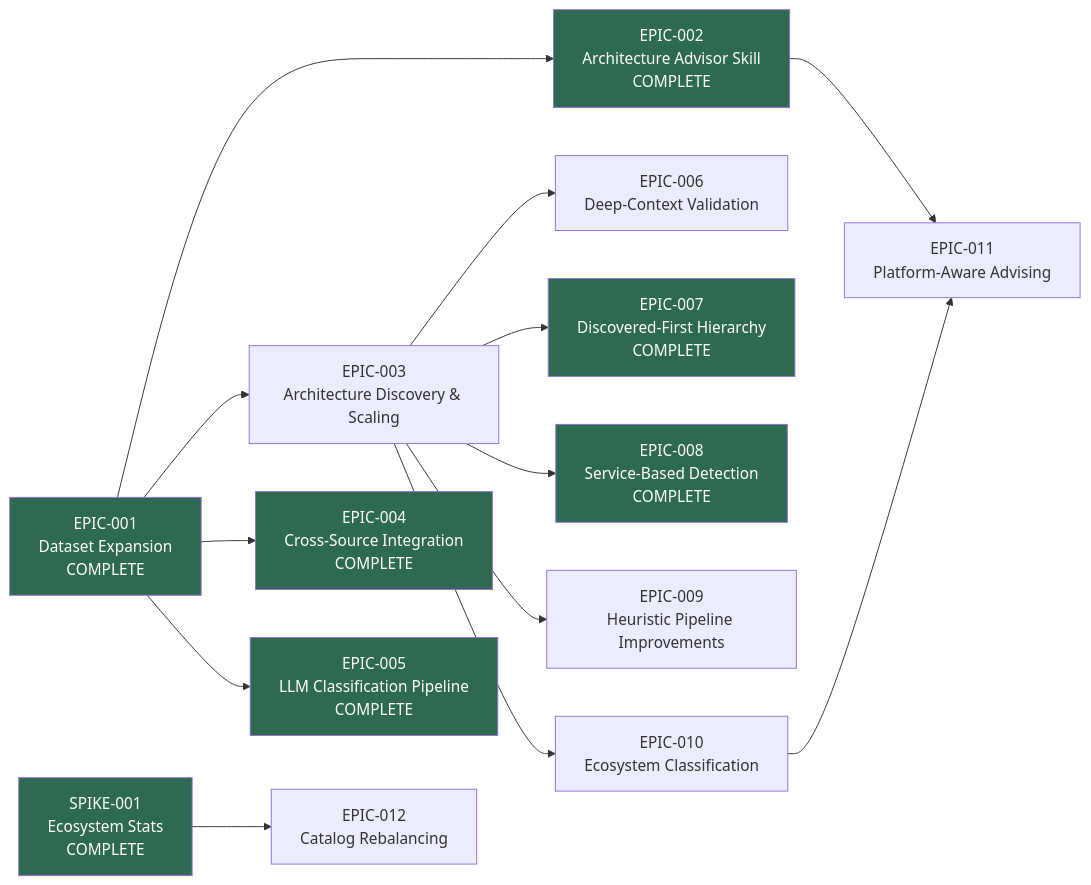
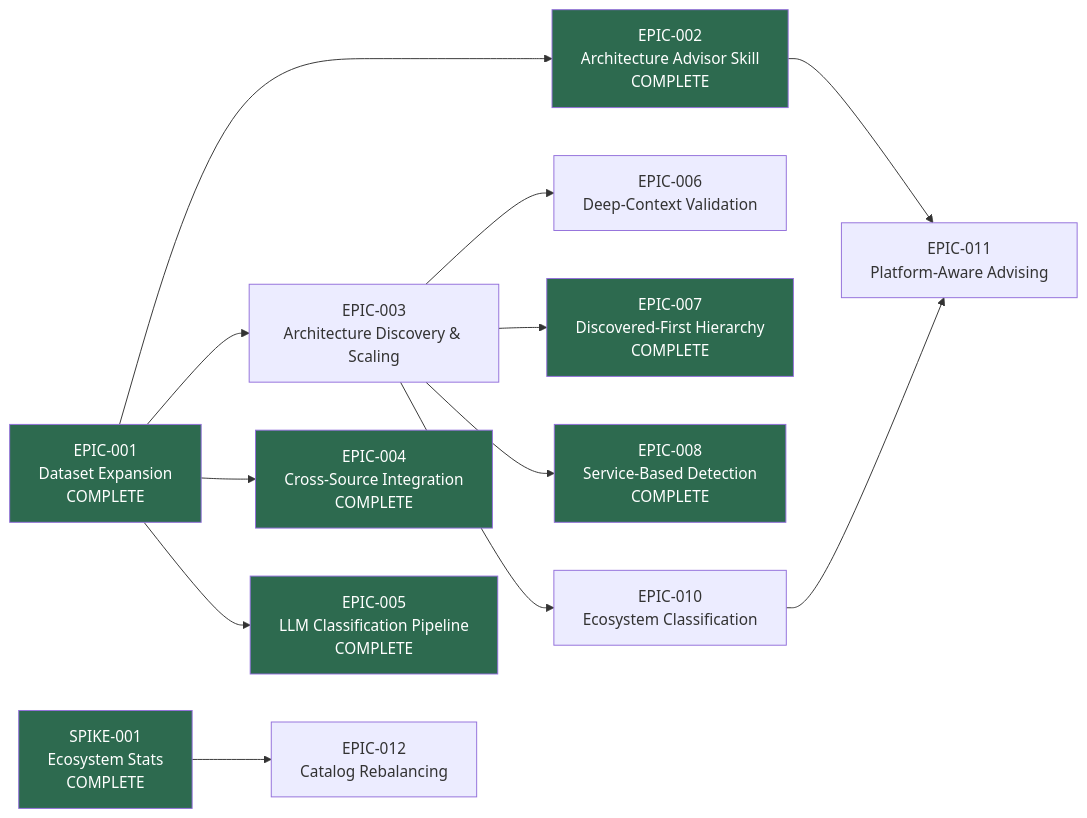
One commit to cristoslc/architecture-reference changed the diagram in docs/vision/(VISION-001)-Evidence-Based-Architecture-Decision-Platform/roadmap.md. Above: the diagram before and after it, drawn with Mermaid. The commit also changed other lines of this file and 10 other files, not shown here.

````diff
--- a/docs/vision/(VISION-001)-Evidence-Based-Architecture-Decision-Platform/roadmap.md
+++ b/docs/vision/(VISION-001)-Evidence-Based-Architecture-Decision-Platform/roadmap.md
@@ -7,22 +7,21 @@
 ```mermaid
 graph LR
     E1[EPIC-001<br/>Dataset Expansion<br/>COMPLETE] --> E2[EPIC-002<br/>Architecture Advisor Skill<br/>COMPLETE]
     E1 --> E3[EPIC-003<br/>Architecture Discovery & Scaling]
     E1 --> E4[EPIC-004<br/>Cross-Source Integration<br/>COMPLETE]
     E1 --> E5[EPIC-005<br/>LLM Classification Pipeline<br/>COMPLETE]
     E3 --> E6[EPIC-006<br/>Deep-Context Validation]
     E3 --> E7[EPIC-007<br/>Discovered-First Hierarchy<br/>COMPLETE]
     E3 --> E8[EPIC-008<br/>Service-Based Detection<br/>COMPLETE]
-    E3 --> E9[EPIC-009<br/>Heuristic Pipeline Improvements]
     E3 --> E10[EPIC-010<br/>Ecosystem Classification]
     E2 --> E11[EPIC-011<br/>Platform-Aware Advising]
     E10 --> E11
     S1[SPIKE-001<br/>Ecosystem Stats<br/>COMPLETE] --> E12[EPIC-012<br/>Catalog Rebalancing]
     style E1 fill:#2d6a4f,color:#fff
     style E2 fill:#2d6a4f,color:#fff
     style E4 fill:#2d6a4f,color:#fff
     style E5 fill:#2d6a4f,color:#fff
     style E7 fill:#2d6a4f,color:#fff
     style E8 fill:#2d6a4f,color:#fff
     style S1 fill:#2d6a4f,color:#fff
 ```
````
